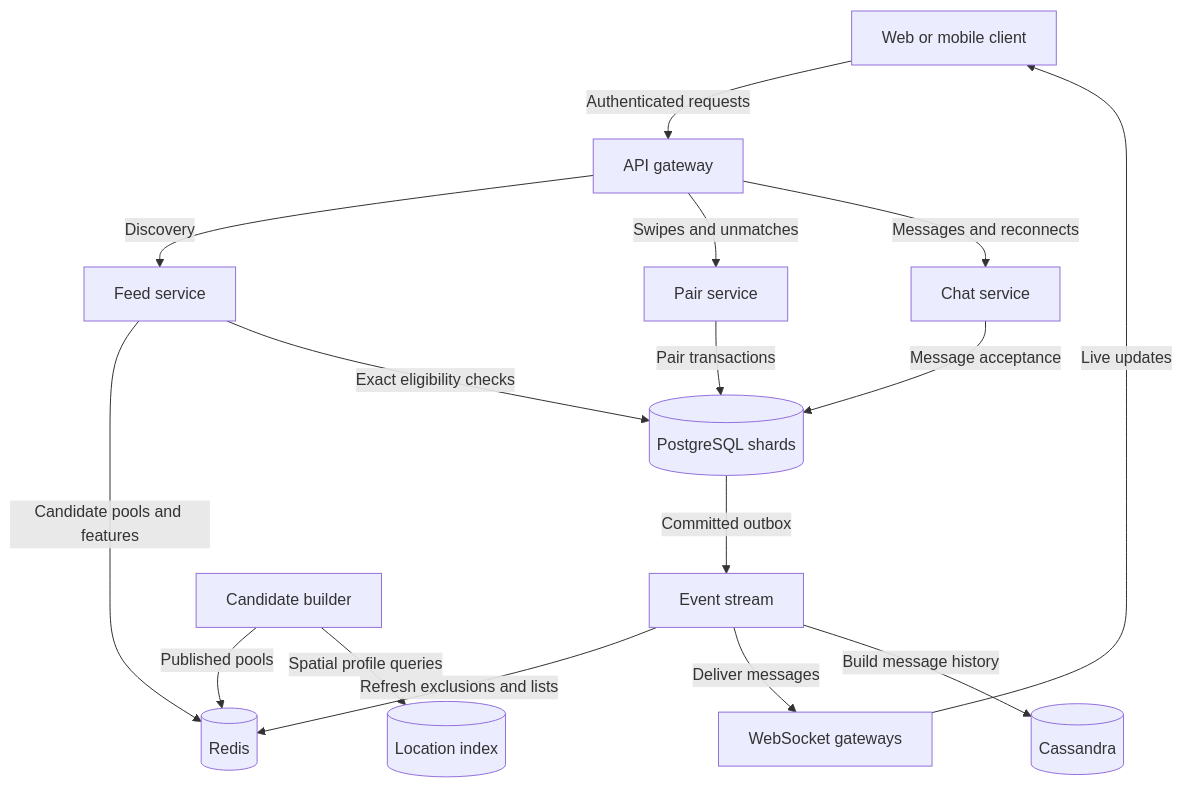
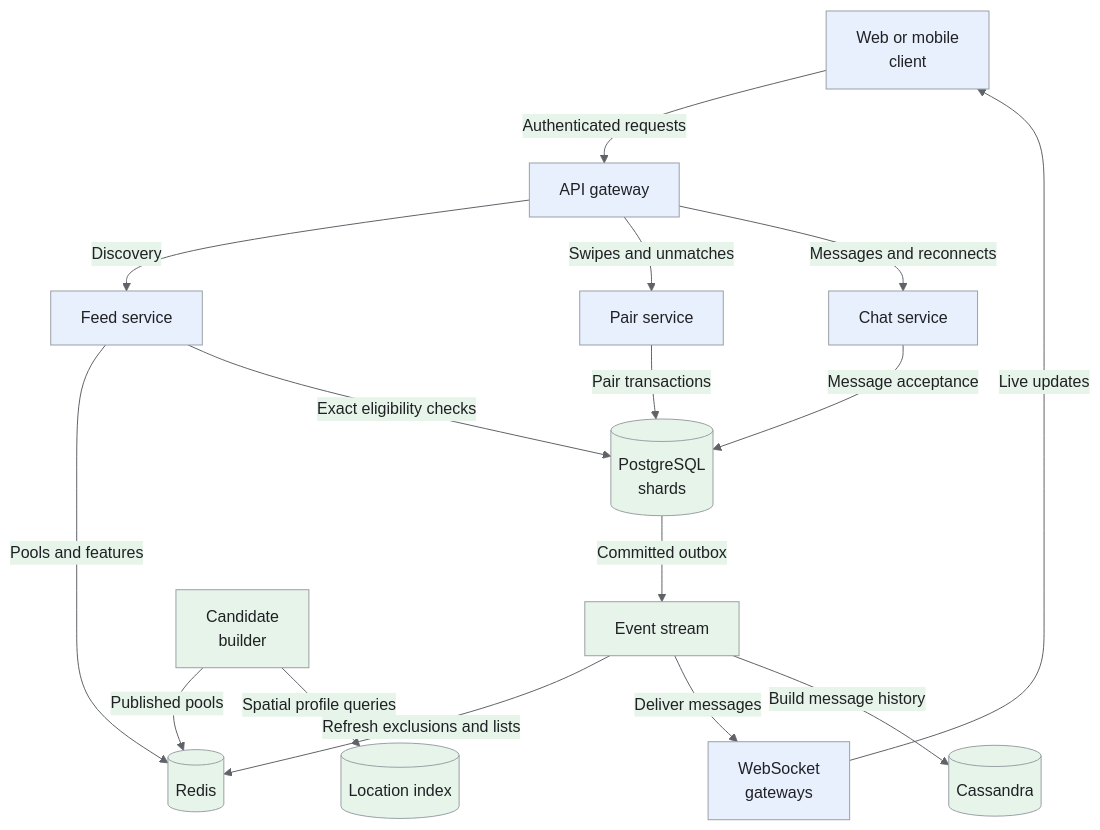
One commit to iliazlobin/iliazlobin.github.io changed the first of 5 diagrams in _designs/system-design-tinder.md. Above: the diagram before and after it, drawn with Mermaid. The commit also changed other lines of this file and 131 other files, not shown here.

````diff
--- a/_designs/system-design-tinder.md
+++ b/_designs/system-design-tinder.md
@@ -150,18 +164,25 @@
 ```mermaid
+%%{init: {"theme":"base","themeVariables":{"primaryColor":"#e8f0fe","primaryBorderColor":"#9aa0a6","primaryTextColor":"#202124","secondaryColor":"#e6f4ea","tertiaryColor":"#fef7e0","lineColor":"#5f6368","actorBkg":"#e8f0fe","actorBorder":"#9aa0a6","actorTextColor":"#202124","noteBkgColor":"#fef7e0","noteBorderColor":"#9aa0a6","noteTextColor":"#202124","signalColor":"#5f6368","signalTextColor":"#202124"}}}%%
 flowchart TB
-  U[Web or mobile client] -->|Authenticated requests| G[API gateway]
+  U["Web or mobile<br>client"] -->|Authenticated requests| G[API gateway]
   G -->|Discovery| F[Feed service]
   G -->|Swipes and unmatches| S[Pair service]
   G -->|Messages and reconnects| C[Chat service]
-  F -->|Candidate pools and features| R[(Redis)]
-  F -->|Exact eligibility checks| P[(PostgreSQL shards)]
+  F -->|Pools and features| R[(Redis)]
+  F -->|Exact eligibility checks| P[("PostgreSQL<br>shards")]
   S -->|Pair transactions| P
   C -->|Message acceptance| P
   P -->|Committed outbox| K[Event stream]
   K -->|Refresh exclusions and lists| R
-  K -->|Deliver messages| W[WebSocket gateways]
+  K -->|Deliver messages| W["WebSocket<br>gateways"]
   W -->|Live updates| U
   K -->|Build message history| H[(Cassandra)]
-  B[Candidate builder] -->|Published pools| R
+  B["Candidate<br>builder"] -->|Published pools| R
   B -->|Spatial profile queries| L[(Location index)]
+classDef request fill:#e8f0fe,stroke:#9aa0a6,color:#202124;
+classDef data fill:#e6f4ea,stroke:#9aa0a6,color:#202124;
+classDef control fill:#fef7e0,stroke:#9aa0a6,color:#202124;
+class U,G,F,S,C,W request;
+class R,P,K,H,B,L data;
+
 ```
````
